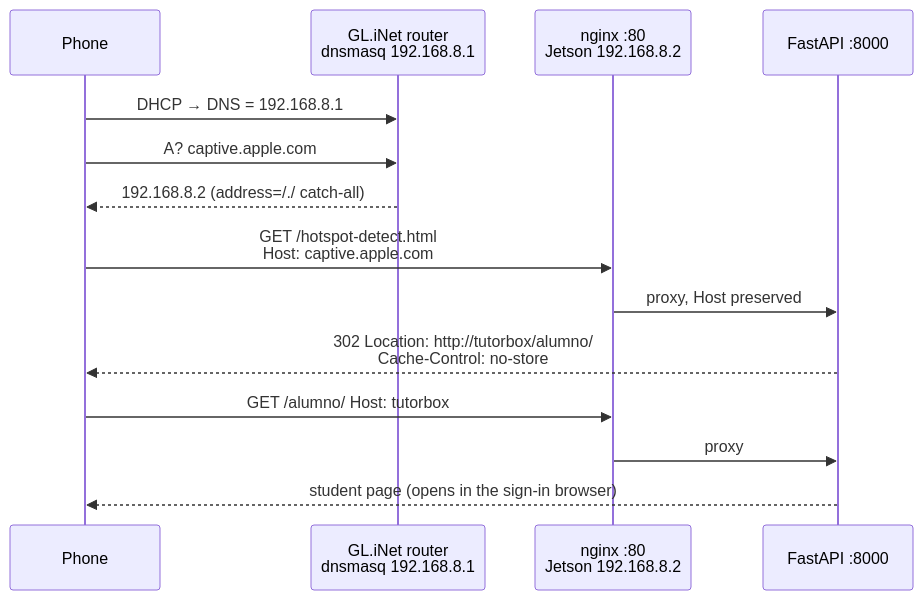
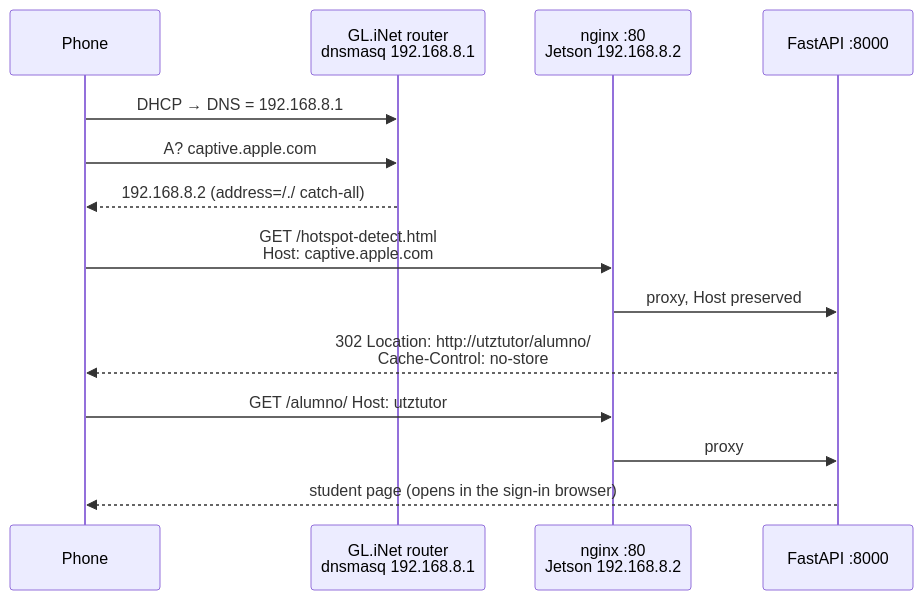
One commit to GabGP/TutorBox changed the diagram in infra/captive-portal.md. Above: the diagram before and after it, drawn with Mermaid. The commit also changed other lines of this file and 40 other files, not shown here.

Commit message:
refactor: rename tutorbox service and network names to utztutor

````diff
--- a/infra/captive-portal.md
+++ b/infra/captive-portal.md
@@ -55,16 +55,16 @@
 ```mermaid
 sequenceDiagram
     participant P as Phone
     participant R as GL.iNet router<br/>dnsmasq 192.168.8.1
     participant N as nginx :80<br/>Jetson 192.168.8.2
     participant B as FastAPI :8000
     P->>R: DHCP → DNS = 192.168.8.1
     P->>R: A? captive.apple.com
     R-->>P: 192.168.8.2 (address=/./ catch-all)
     P->>N: GET /hotspot-detect.html<br/>Host: captive.apple.com
     N->>B: proxy, Host preserved
-    B-->>P: 302 Location: http://tutorbox/alumno/<br/>Cache-Control: no-store
-    P->>N: GET /alumno/  Host: tutorbox
+    B-->>P: 302 Location: http://utztutor/alumno/<br/>Cache-Control: no-store
+    P->>N: GET /alumno/  Host: utztutor
     N->>B: proxy
     B-->>P: student page (opens in the sign-in browser)
 ```
````
